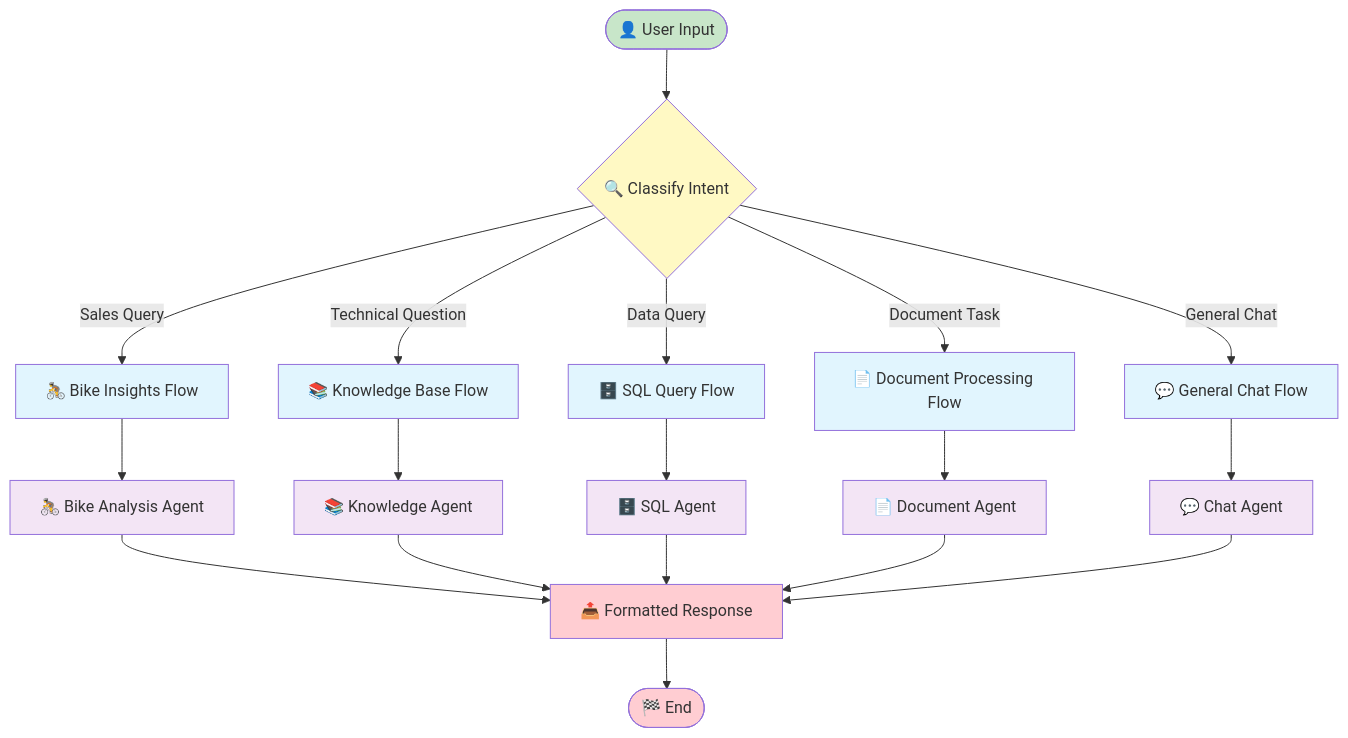
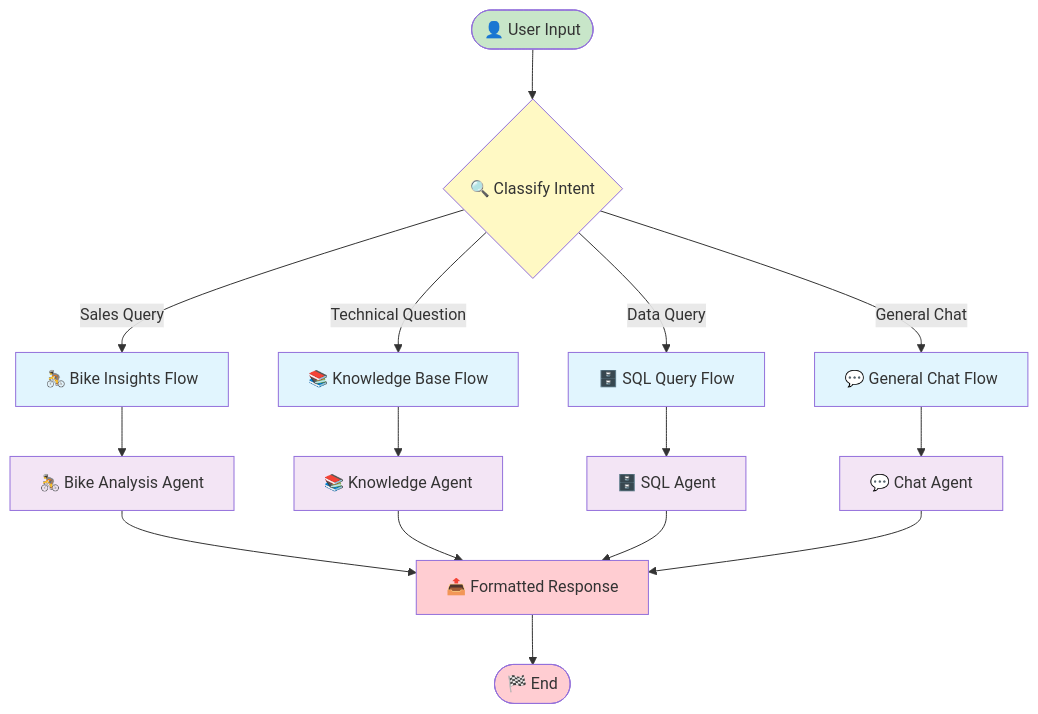
One commit to the-ingenious-dark-knight/Insight_Ingenious changed the third of 10 diagrams in docs/workflows/README.md. Above: the diagram before and after it, drawn with Mermaid. The commit also changed other lines of this file and 1 other file, not shown here.

Commit message:
fix: Update README to clarify bike-insights workflow inclusion in extensions template and remove document processing references

````diff
--- a/docs/workflows/README.md
+++ b/docs/workflows/README.md
@@ -112,36 +105,33 @@
 ```mermaid
 flowchart TD
     START([👤 User Input]) --> CLASSIFY{🔍 Classify Intent}
 
     CLASSIFY -->|Sales Query| BIKE_FLOW[🚴 Bike Insights Flow]
     CLASSIFY -->|Technical Question| KNOWLEDGE_FLOW[📚 Knowledge Base Flow]
     CLASSIFY -->|Data Query| SQL_FLOW[🗄️ SQL Query Flow]
-    CLASSIFY -->|Document Task| DOC_FLOW[📄 Document Processing Flow]
     CLASSIFY -->|General Chat| CHAT_FLOW[💬 General Chat Flow]
 
     BIKE_FLOW --> BIKE_AGENT[🚴 Bike Analysis Agent]
     KNOWLEDGE_FLOW --> KNOWLEDGE_AGENT[📚 Knowledge Agent]
     SQL_FLOW --> SQL_AGENT[🗄️ SQL Agent]
-    DOC_FLOW --> DOC_AGENT[📄 Document Agent]
     CHAT_FLOW --> CHAT_AGENT[💬 Chat Agent]
 
     BIKE_AGENT --> RESPONSE[📤 Formatted Response]
     KNOWLEDGE_AGENT --> RESPONSE
     SQL_AGENT --> RESPONSE
-    DOC_AGENT --> RESPONSE
     CHAT_AGENT --> RESPONSE
 
     RESPONSE --> FINISH([🏁 End])
 
     classDef start fill:#c8e6c9
     classDef decision fill:#fff9c4
     classDef workflow fill:#e1f5fe
     classDef agent fill:#f3e5f5
     classDef finish fill:#ffcdd2
 
     class START start
     class CLASSIFY decision
-    class BIKE_FLOW,KNOWLEDGE_FLOW,SQL_FLOW,DOC_FLOW,CHAT_FLOW workflow
-    class BIKE_AGENT,KNOWLEDGE_AGENT,SQL_AGENT,DOC_AGENT,CHAT_AGENT agent
+    class BIKE_FLOW,KNOWLEDGE_FLOW,SQL_FLOW,CHAT_FLOW workflow
+    class BIKE_AGENT,KNOWLEDGE_AGENT,SQL_AGENT,CHAT_AGENT agent
     class RESPONSE,FINISH finish
 ```
````
